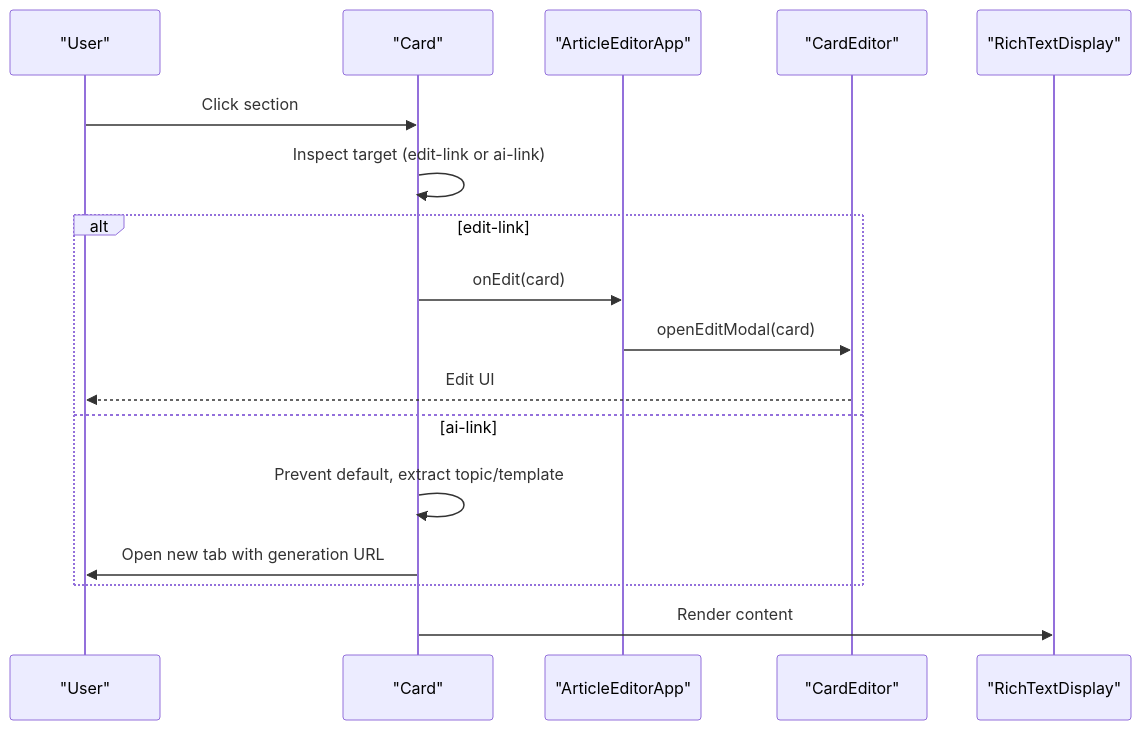
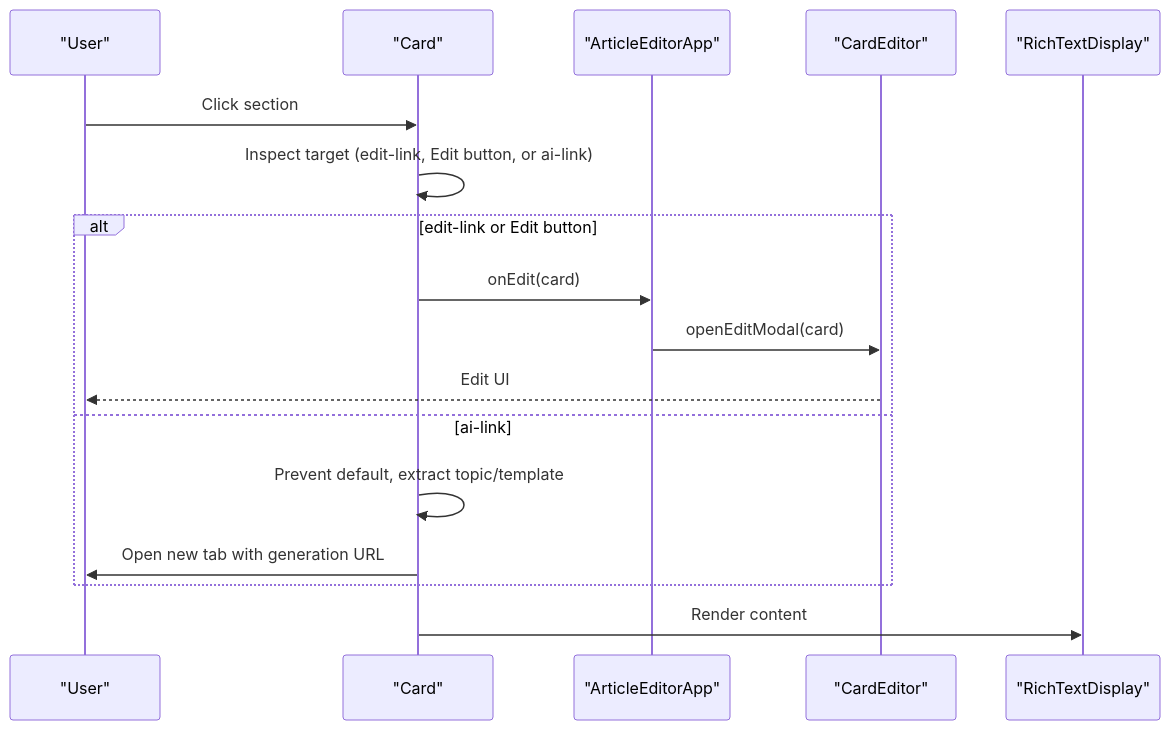
Before and after one commit to xd-art/Briefer-v02: the second of 8 diagrams in .qoder/repowiki/en/content/UI Components/Card Component.md, drawn with Mermaid. The commit also changed other lines of this file and 65 other files, not shown here.

````diff
--- a/.qoder/repowiki/en/content/UI Components/Card Component.md
+++ b/.qoder/repowiki/en/content/UI Components/Card Component.md
@@ -102,19 +109,19 @@
 ```mermaid
 sequenceDiagram
 participant User as "User"
 participant Card as "Card"
 participant App as "ArticleEditorApp"
 participant Editor as "CardEditor"
 participant RTD as "RichTextDisplay"
 User->>Card : Click section
-Card->>Card : Inspect target (edit-link or ai-link)
-alt edit-link
+Card->>Card : Inspect target (edit-link, Edit button, or ai-link)
+alt edit-link or Edit button
 Card->>App : onEdit(card)
 App->>Editor : openEditModal(card)
 Editor-->>User : Edit UI
 else ai-link
 Card->>Card : Prevent default, extract topic/template
 Card->>User : Open new tab with generation URL
 end
 Card->>RTD : Render content
 ```
````
